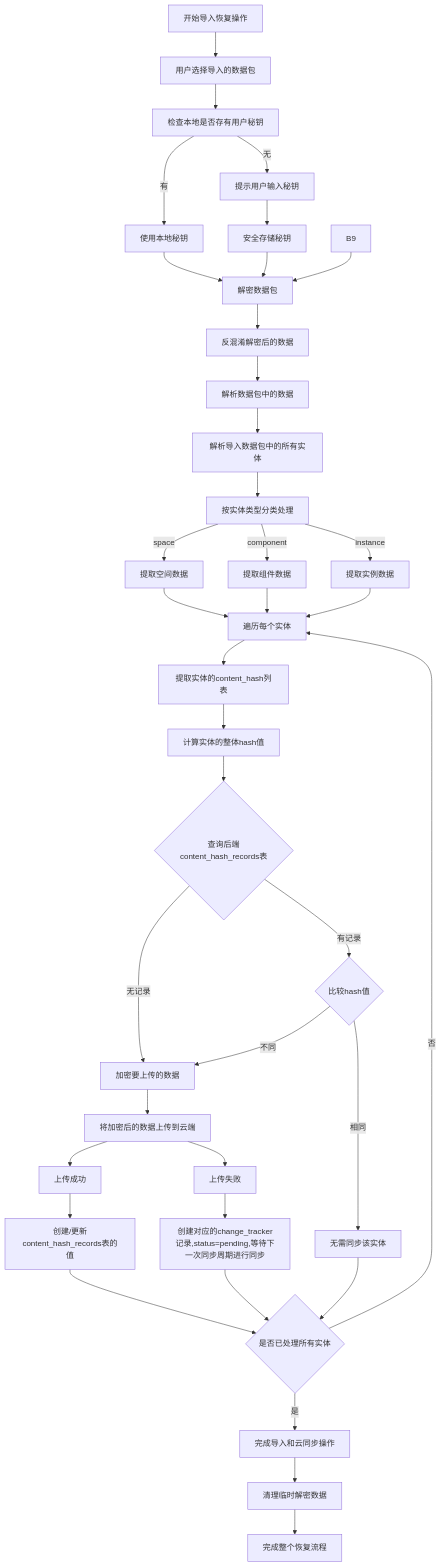
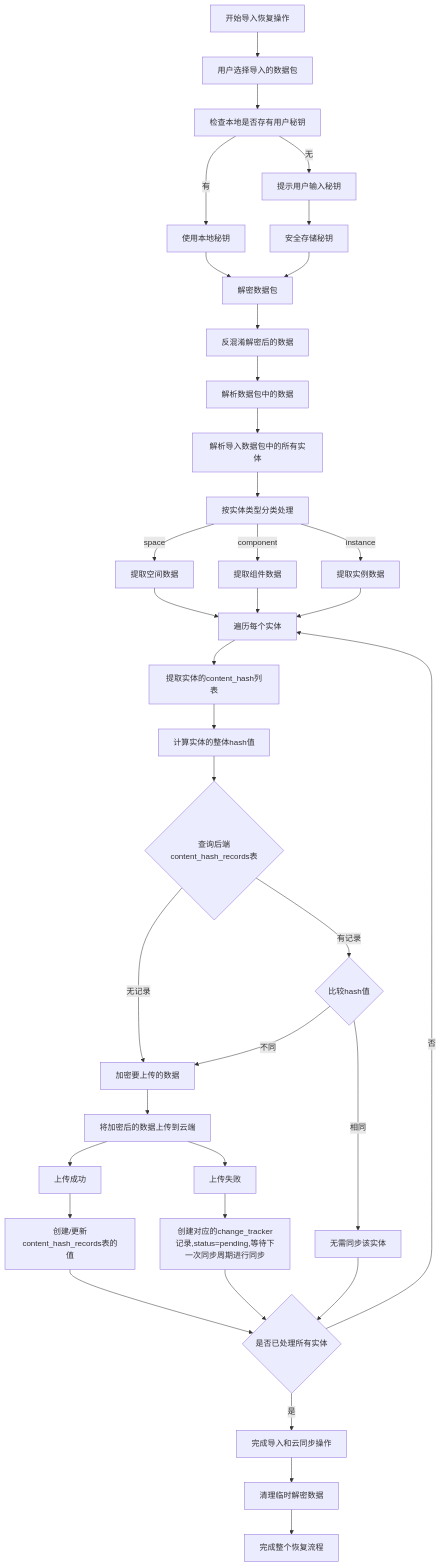
One commit to yingjianzh/iodraw-files changed the diagram in all/未命名-44.md. Above: the diagram before and after it, drawn with Mermaid.

Commit message:
2025-04-27 17:54:27 update

````diff
--- a/all/未命名-44.md
+++ b/all/未命名-44.md
@@ -1,58 +1,58 @@
 ```mermaid
 flowchart TD
     A[开始导入恢复操作] --> B[用户选择导入的数据包]
     B --> B1[检查本地是否存有用户秘钥]
     
     B1 -->|有| B3[使用本地秘钥]
     B1 -->|无| B4[提示用户输入秘钥]
     
-    B4 -->B8[安全存储秘钥]
+    B4 --> B8[安全存储秘钥]
     
     
     B3 --> B10[解密数据包]
     B8 --> B10
-    B9 --> B10
+   
     
     B10 --> B11[反混淆解密后的数据]
     B11 --> C[解析数据包中的数据]
     
     C --> D[解析导入数据包中的所有实体]
     D --> G[按实体类型分类处理]
     
     G -->|space| H1[提取空间数据]
     G -->|component| H2[提取组件数据]
     G -->|instance| H3[提取实例数据]
     
     H1 --> I[遍历每个实体]
     H2 --> I
     H3 --> I
     
     I --> J[提取实体的content_hash列表]
     J --> K[计算实体的整体hash值]
     
     K --> L{查询后端content_hash_records表}
     L -->|无记录| M1[加密要上传的数据]
     M1 --> M1a[将加密后的数据上传到云端]
     M1a --> N1[上传成功]
     M1a --> N2[上传失败]
     
     N2 --> N3[创建对应的change_tracker记录,status=pending,等待下一次同步周期进行同步]
     N3 --> S
     N1 --> M4[创建/更新content_hash_records表的值]
 
 
     L -->|有记录| M2{比较hash值}
     M2 -->|不同| M1
 
     M2 -->|相同| M3[无需同步该实体]
     
     
     M3 --> S{是否已处理所有实体}
     M4 --> S{是否已处理所有实体}
     
     S -->|否| I
     S -->|是| T[完成导入和云同步操作]
     
     T --> U[清理临时解密数据]
     U --> V[完成整个恢复流程]
 ```
````
